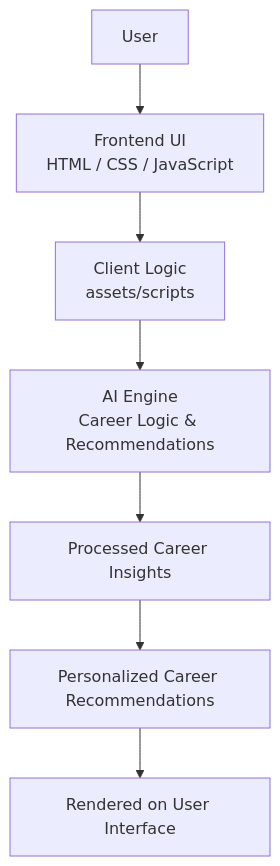
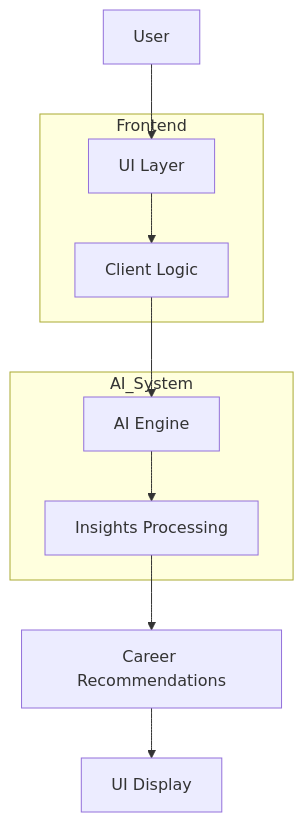
The diagram in README.md (ABHIJEET-0001/AI-Powered-Career-Advice-), drawn with Mermaid before and after one commit.

Commit message:
Fixed README Project Structure, Folder Architecture, Added LICENSE Hyperlink

````diff
--- a/README.md
+++ b/README.md
@@ -66,17 +66,24 @@
 ```mermaid
 flowchart TD
     U[User]
-    UI[Frontend UI\nHTML / CSS / JavaScript]
-    CL[Client Logic\nassets/scripts]
-    AI[AI Engine\nCareer Logic & Recommendations]
-    CI[Processed Career Insights]
-    PR[Personalized Career Recommendations]
-    OUT[Rendered on User Interface]
+
+    subgraph Frontend
+        UI[UI Layer]
+        CL[Client Logic]
+    end
+
+    subgraph AI_System
+        AI[AI Engine]
+        CI[Insights Processing]
+    end
+
+    PR[Career Recommendations]
+    OUT[UI Display]
 
     U --> UI
     UI --> CL
     CL --> AI
     AI --> CI
     CI --> PR
     PR --> OUT
 ```
````
